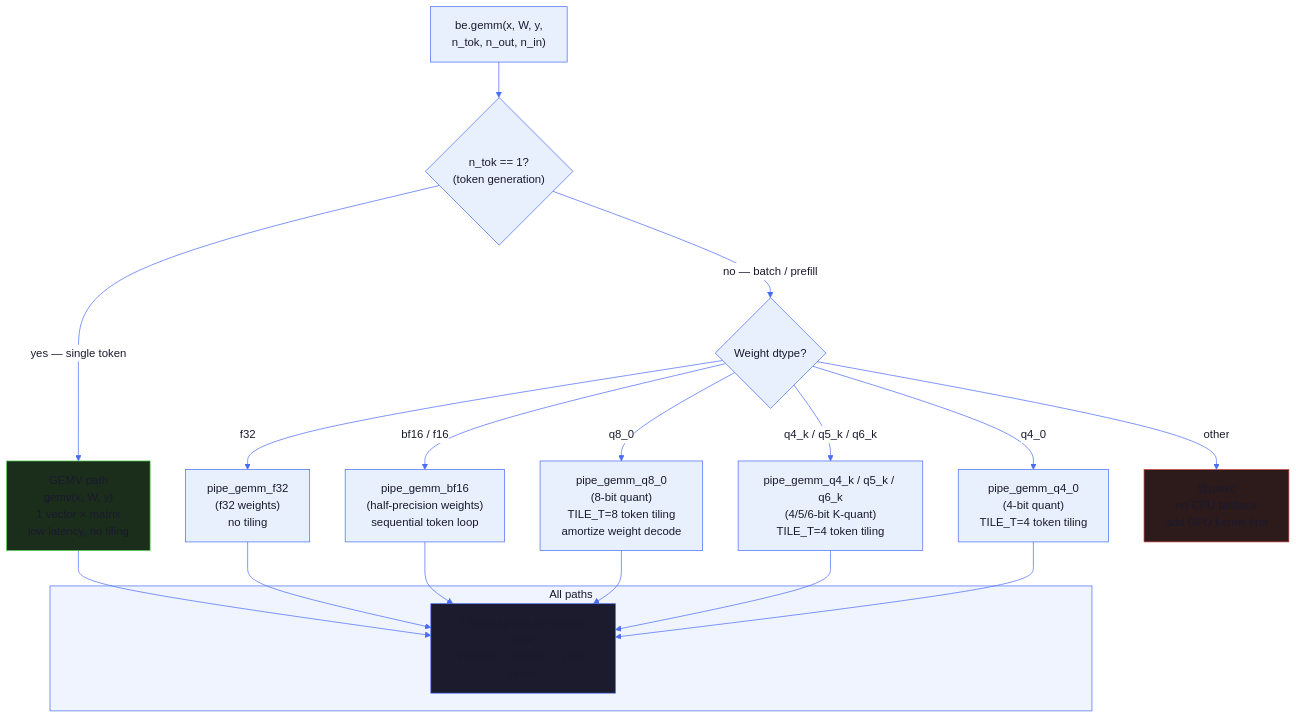
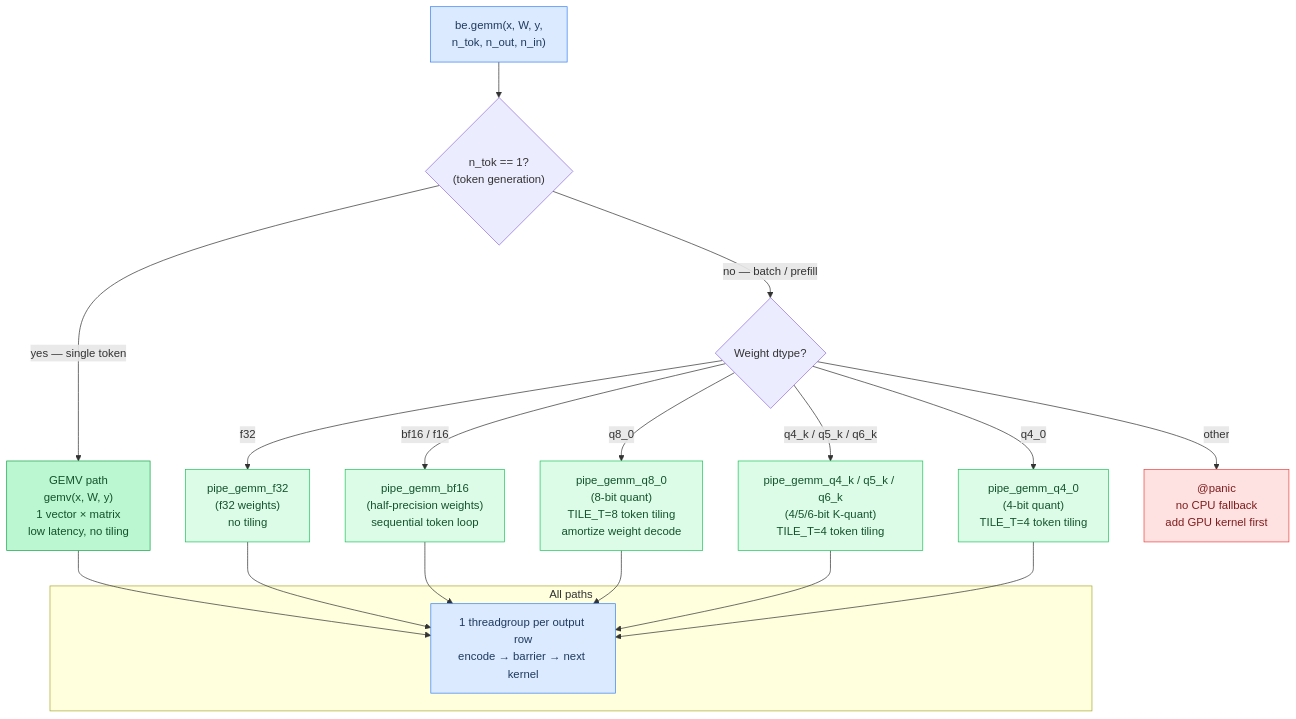
One commit to maci0/agave changed the seventh of 9 diagrams in docs/tutorial/11-metal-backend-internals.md. Above: the diagram before and after it, drawn with Mermaid. The commit also changed other lines of this file and 24 other files, not shown here.

First line of the commit message:
docs: convert all mermaid diagrams to classDef semantic colors

````diff
--- a/docs/tutorial/11-metal-backend-internals.md
+++ b/docs/tutorial/11-metal-backend-internals.md
@@ -657,42 +644,38 @@
 ```mermaid
-%%{init: {'theme': 'base', 'themeVariables': {
-  'primaryColor': '#e8f0fe',
-  'primaryTextColor': '#1a1a2e',
-  'primaryBorderColor': '#4a6cf7',
-  'lineColor': '#4a6cf7',
-  'secondaryColor': '#f0f4ff',
-  'tertiaryColor': '#f8f9ff',
-  'edgeLabelBackground': '#ffffff',
-  'clusterBkg': '#f0f4ff',
-  'clusterBorder': '#4a6cf7',
-  'titleColor': '#1a1a2e',
-  'nodeTextColor': '#1a1a2e',
-  'fontFamily': 'ui-monospace, SFMono-Regular, monospace'
-}}}%%
 flowchart TD
-    Entry["be.gemm(x, W, y,\nn_tok, n_out, n_in)"]
+    classDef setup     fill:#dbeafe,stroke:#3b82f6,color:#1e3a5f
+    classDef sync      fill:#dcfce7,stroke:#22c55e,color:#14532d
+    classDef migration fill:#fef9c3,stroke:#eab308,color:#713f12
+    classDef success   fill:#bbf7d0,stroke:#16a34a,color:#14532d
+    classDef danger    fill:#fee2e2,stroke:#ef4444,color:#7f1d1d
+    classDef optional  fill:#f3e8ff,stroke:#9333ea,color:#581c87
+
+    Entry["be.gemm(x, W, y,\nn_tok, n_out, n_in)"]:::setup
+    GEMV["GEMV path\ngemv(x, W, y)\n1 vector × matrix\nlow latency, no tiling"]:::success
+    GemmF32["pipe_gemm_f32\n(f32 weights)\nno tiling"]:::sync
+    GemmBF16["pipe_gemm_bf16\n(half-precision weights)\nsequential token loop"]:::sync
+    GemmQ8["pipe_gemm_q8_0\n(8-bit quant)\nTILE_T=8 token tiling\namortize weight decode"]:::sync
+    GemmQ4K["pipe_gemm_q4_k / q5_k / q6_k\n(4/5/6-bit K-quant)\nTILE_T=4 token tiling"]:::sync
+    GemmQ4["pipe_gemm_q4_0\n(4-bit quant)\nTILE_T=4 token tiling"]:::sync
+    Panic["@panic\nno CPU fallback\nadd GPU kernel first"]:::danger
+    Threadgroup["1 threadgroup per output row\nencode → barrier → next kernel"]:::setup
 
     Entry --> TokCheck{"n_tok == 1?\n(token generation)"}
 
-    TokCheck -->|"yes — single token"| GEMV["GEMV path\ngemv(x, W, y)\n1 vector × matrix\nlow latency, no tiling"]
-
+    TokCheck -->|"yes — single token"| GEMV
     TokCheck -->|"no — batch / prefill"| DtypeCheck{"Weight dtype?"}
 
-    DtypeCheck -->|"f32"| GemmF32["pipe_gemm_f32\n(f32 weights)\nno tiling"]
-    DtypeCheck -->|"bf16 / f16"| GemmBF16["pipe_gemm_bf16\n(half-precision weights)\nsequential token loop"]
-    DtypeCheck -->|"q8_0"| GemmQ8["pipe_gemm_q8_0\n(8-bit quant)\nTILE_T=8 token tiling\namortize weight decode"]
-    DtypeCheck -->|"q4_k / q5_k / q6_k"| GemmQ4K["pipe_gemm_q4_k / q5_k / q6_k\n(4/5/6-bit K-quant)\nTILE_T=4 token tiling"]
-    DtypeCheck -->|"q4_0"| GemmQ4["pipe_gemm_q4_0\n(4-bit quant)\nTILE_T=4 token tiling"]
-    DtypeCheck -->|"other"| Panic["@panic\nno CPU fallback\nadd GPU kernel first"]
+    DtypeCheck -->|"f32"| GemmF32
+    DtypeCheck -->|"bf16 / f16"| GemmBF16
+    DtypeCheck -->|"q8_0"| GemmQ8
+    DtypeCheck -->|"q4_k / q5_k / q6_k"| GemmQ4K
+    DtypeCheck -->|"q4_0"| GemmQ4
+    DtypeCheck -->|"other"| Panic
 
     subgraph Output["All paths"]
-        Threadgroup["1 threadgroup per output row\nencode → barrier → next kernel"]
+        Threadgroup
     end
 
     GemmF32 & GemmBF16 & GemmQ8 & GemmQ4K & GemmQ4 --> Threadgroup
     GEMV --> Threadgroup
-
-    style Panic fill:#2d1b1b,stroke:#cc4444
-    style GEMV fill:#1b2d1b,stroke:#44cc44
-    style Threadgroup fill:#1b1b2d,stroke:#4a6cf7
 ```
````
